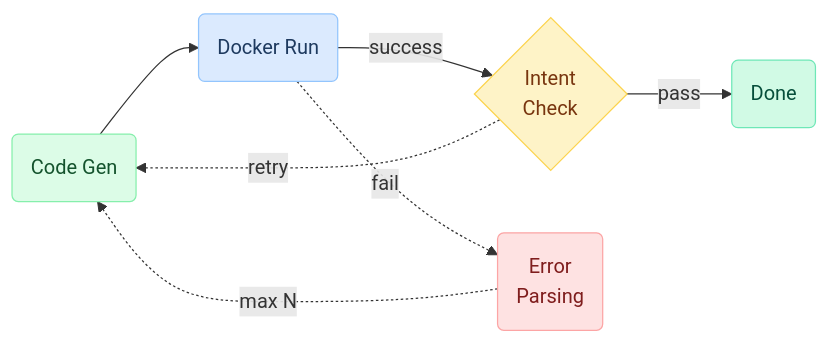
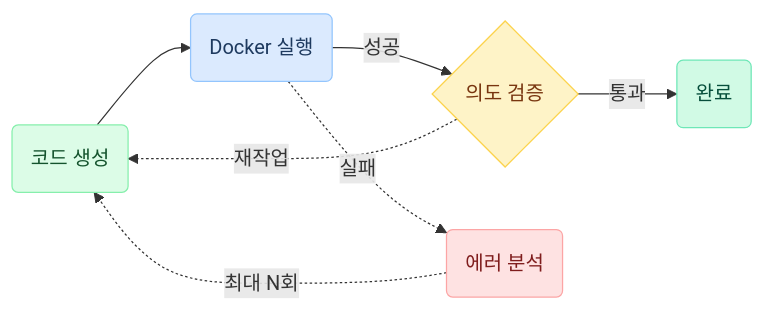
The second of 2 diagrams in README.md (kuro-0211/auto-vibe-coding), drawn with Mermaid before and after one commit. The commit also changed other lines of this file and 1 other file, not shown here.

````diff
--- a/README.md
+++ b/README.md
@@ -95,15 +95,15 @@
 ```mermaid
 graph LR
-    A(Code Gen):::green --> B(Docker Run):::blue
-    B -- success --> C{Intent\nCheck}:::amber
-    C -- pass --> D(Done):::mint
-    C -. retry .-> A
-    B -. fail .-> E(Error\nParsing):::red
-    E -. max N .-> A
+    A(코드 생성):::green --> B(Docker 실행):::blue
+    B -- 성공 --> C{의도 검증}:::amber
+    C -- 통과 --> D(완료):::mint
+    C -. 재작업 .-> A
+    B -. 실패 .-> E(에러 분석):::red
+    E -. 최대 N회 .-> A
 
     classDef green fill:#dcfce7,stroke:#86efac,color:#14532d
     classDef blue fill:#dbeafe,stroke:#93c5fd,color:#1e3a5f
     classDef amber fill:#fef3c7,stroke:#fcd34d,color:#78350f
     classDef mint fill:#d1fae5,stroke:#6ee7b7,color:#064e3b
     classDef red fill:#fee2e2,stroke:#fca5a5,color:#7f1d1d
 ```
````
